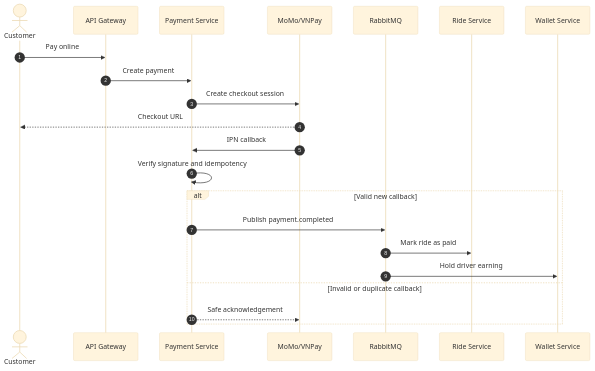
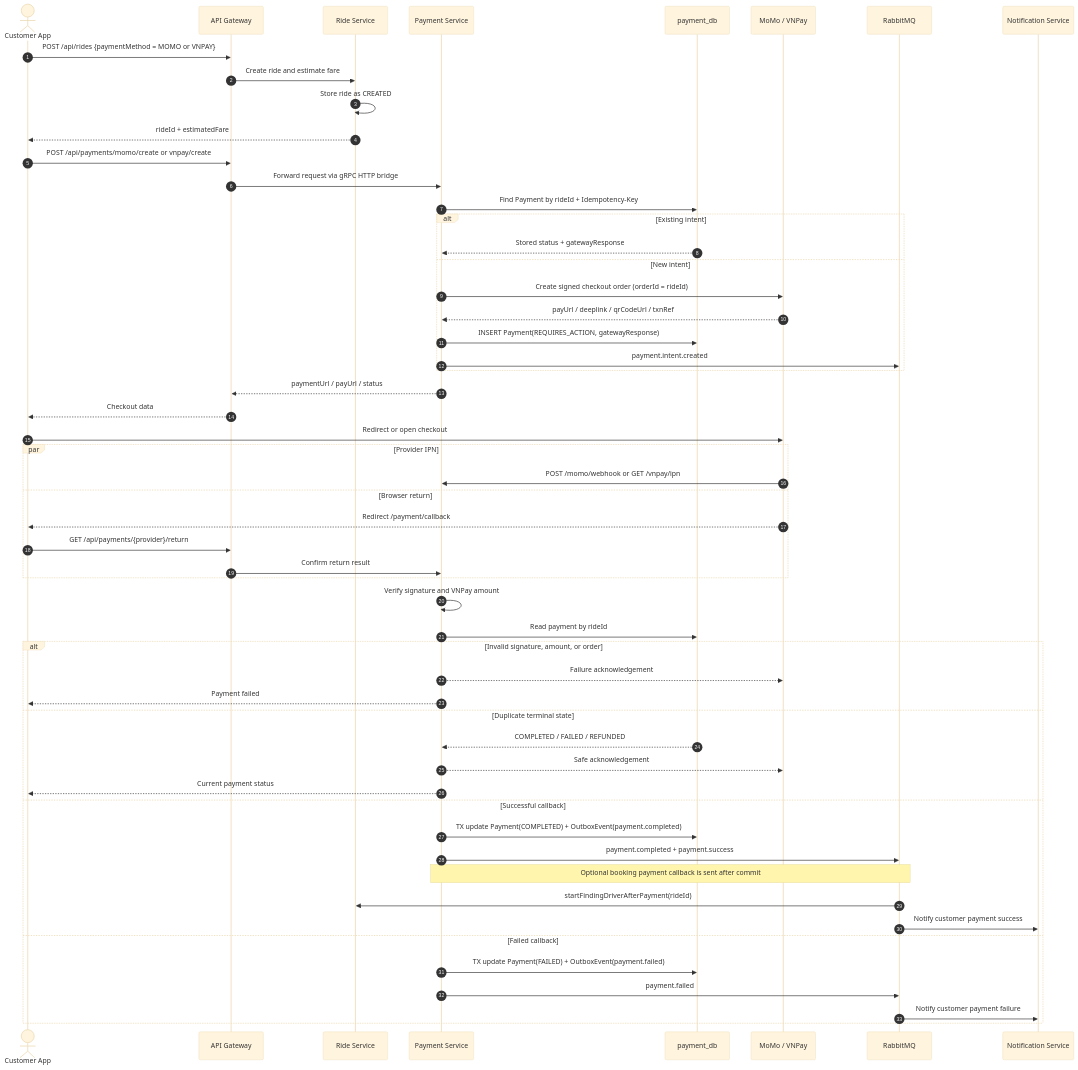
Before and after one commit to foxxiee04/Cab-Booking-System-Project: the diagram in diagrams/02_analysis_design/03_sequence/10_online_payment_ipn_sequence.mmd, drawn with Mermaid (base theme). The commit also changed 83 other files, not shown here.

```diff
--- a/diagrams/02_analysis_design/03_sequence/10_online_payment_ipn_sequence.mmd
+++ b/diagrams/02_analysis_design/03_sequence/10_online_payment_ipn_sequence.mmd
@@ -1,22 +1,60 @@
+%%{init: {"sequence": {"mirrorActors": true}} }%%
 sequenceDiagram
   autonumber
-  actor Customer
+  actor Customer as Customer App
   participant Gateway as API Gateway
+  participant Ride as Ride Service
   participant Payment as Payment Service
-  participant Provider as MoMo/VNPay
+  participant PayDB as payment_db
+  participant Provider as MoMo / VNPay
   participant MQ as RabbitMQ
-  participant Ride as Ride Service
-  participant Wallet as Wallet Service
-  Customer->>Gateway: Pay online
-  Gateway->>Payment: Create payment
-  Payment->>Provider: Create checkout session
-  Provider-->>Customer: Checkout URL
-  Provider->>Payment: IPN callback
-  Payment->>Payment: Verify signature and idempotency
-  alt Valid new callback
-    Payment->>MQ: Publish payment.completed
-    MQ->>Ride: Mark ride as paid
-    MQ->>Wallet: Hold driver earning
-  else Invalid or duplicate callback
+  participant Notify as Notification Service
+
+  Customer->>Gateway: POST /api/rides {paymentMethod = MOMO or VNPAY}
+  Gateway->>Ride: Create ride and estimate fare
+  Ride->>Ride: Store ride as CREATED
+  Ride-->>Customer: rideId + estimatedFare
+
+  Customer->>Gateway: POST /api/payments/momo/create or vnpay/create
+  Gateway->>Payment: Forward request via gRPC HTTP bridge
+  Payment->>PayDB: Find Payment by rideId + Idempotency-Key
+  alt Existing intent
+    PayDB-->>Payment: Stored status + gatewayResponse
+  else New intent
+    Payment->>Provider: Create signed checkout order (orderId = rideId)
+    Provider-->>Payment: payUrl / deeplink / qrCodeUrl / txnRef
+    Payment->>PayDB: INSERT Payment(REQUIRES_ACTION, gatewayResponse)
+    Payment->>MQ: payment.intent.created
+  end
+  Payment-->>Gateway: paymentUrl / payUrl / status
+  Gateway-->>Customer: Checkout data
+  Customer->>Provider: Redirect or open checkout
+
+  par Provider IPN
+    Provider->>Payment: POST /momo/webhook or GET /vnpay/ipn
+  and Browser return
+    Provider-->>Customer: Redirect /payment/callback
+    Customer->>Gateway: GET /api/payments/{provider}/return
+    Gateway->>Payment: Confirm return result
+  end
+
+  Payment->>Payment: Verify signature and VNPay amount
+  Payment->>PayDB: Read payment by rideId
+  alt Invalid signature, amount, or order
+    Payment-->>Provider: Failure acknowledgement
+    Payment-->>Customer: Payment failed
+  else Duplicate terminal state
+    PayDB-->>Payment: COMPLETED / FAILED / REFUNDED
     Payment-->>Provider: Safe acknowledgement
+    Payment-->>Customer: Current payment status
+  else Successful callback
+    Payment->>PayDB: TX update Payment(COMPLETED) + OutboxEvent(payment.completed)
+    Payment->>MQ: payment.completed + payment.success
+    Note over Payment,MQ: Optional booking payment callback is sent after commit
+    MQ->>Ride: startFindingDriverAfterPayment(rideId)
+    MQ->>Notify: Notify customer payment success
+  else Failed callback
+    Payment->>PayDB: TX update Payment(FAILED) + OutboxEvent(payment.failed)
+    Payment->>MQ: payment.failed
+    MQ->>Notify: Notify customer payment failure
   end
```
